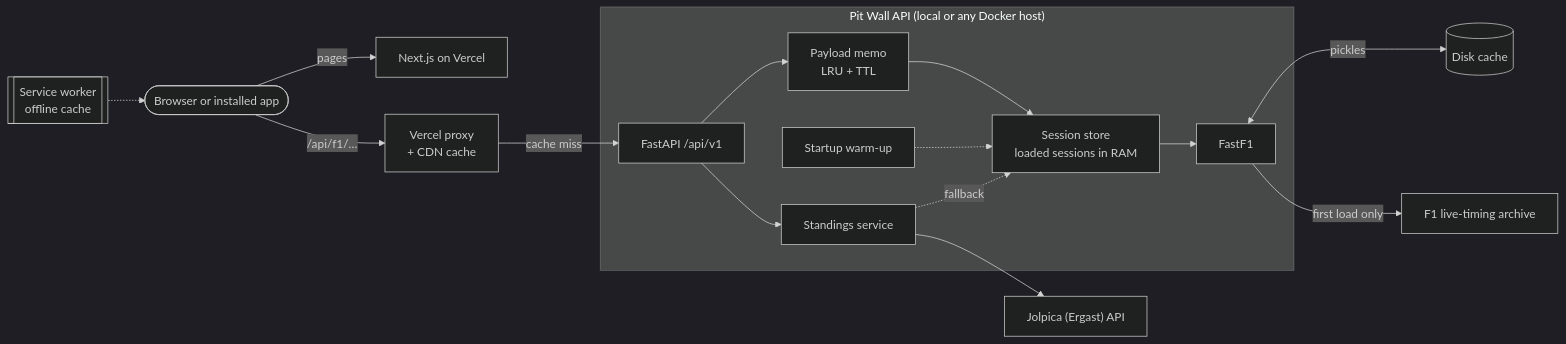
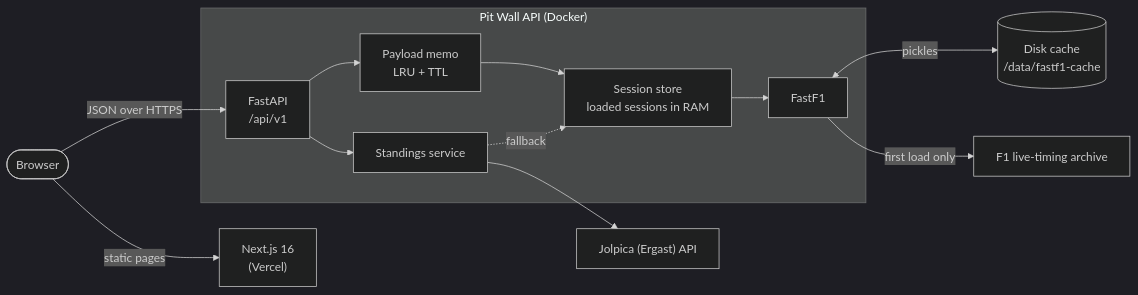
Before and after one commit to ultron513/F1-Telemetry-Dashboard-2025: the first of 4 diagrams in README.md, drawn with Mermaid (dark theme). The commit also changed other lines of this file and 42 other files, not shown here.

First line of the commit message:
Revert deployment changes (Vercel/Hugging Face, PWA, static export)

````diff
--- a/README.md
+++ b/README.md
@@ -173,18 +171,15 @@
 ```mermaid
 flowchart LR
-    U([Browser or installed app]) -->|"pages"| W["Next.js on Vercel"]
-    U -->|"/api/f1/…"| PX["Vercel proxy<br/>+ CDN cache"]
-    SW[["Service worker<br/>offline cache"]] -.-> U
-    PX -->|"cache miss"| A["FastAPI /api/v1"]
-    subgraph API ["Pit Wall API (local or any Docker host)"]
+    U([Browser]) -->|"static pages"| W["Next.js 16<br/>(Vercel)"]
+    U -->|"JSON over HTTPS"| A["FastAPI<br/>/api/v1"]
+    subgraph API ["Pit Wall API (Docker)"]
         A --> P["Payload memo<br/>LRU + TTL"]
         P --> S["Session store<br/>loaded sessions in RAM"]
         S --> F["FastF1"]
         A --> ST["Standings service"]
-        WU["Startup warm-up"] -.-> S
     end
-    F <-->|"pickles"| C[("Disk cache")]
+    F <-->|"pickles"| C[("Disk cache<br/>/data/fastf1-cache")]
     F -->|"first load only"| LT["F1 live-timing archive"]
     ST --> J["Jolpica (Ergast) API"]
     ST -. "fallback" .-> S
 ```
````
